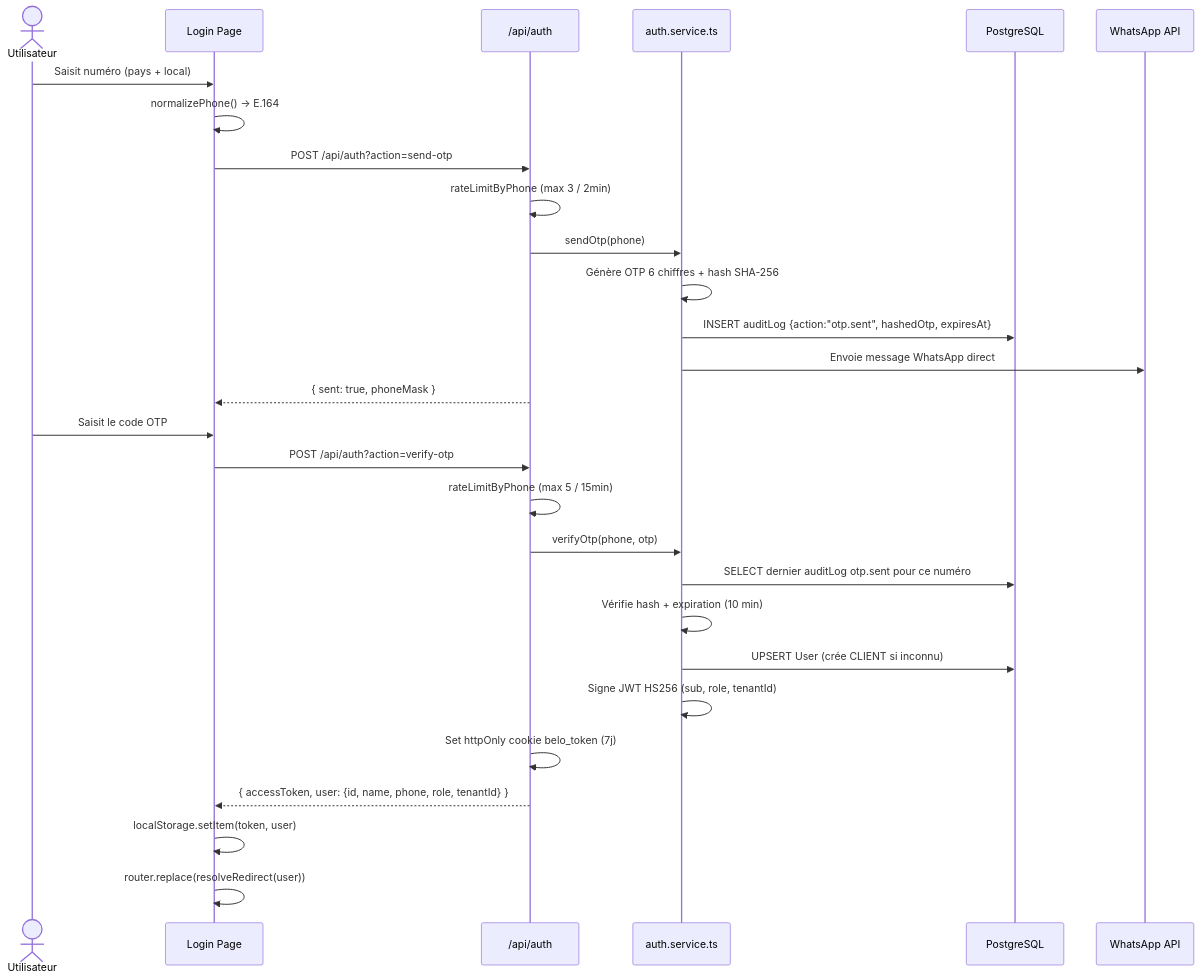
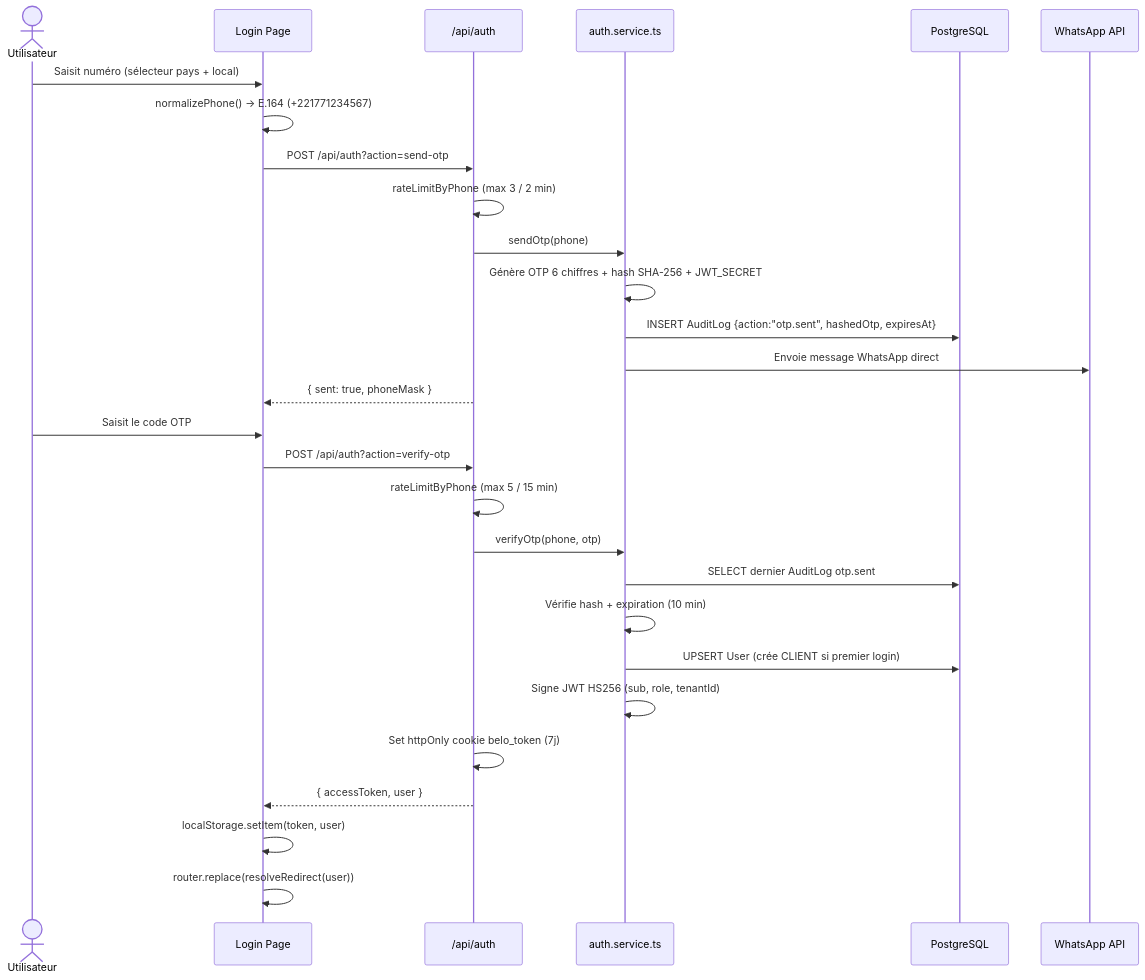
The fifth of 9 diagrams in DOCUMENTATION.md (Ahmesgroup/belo), drawn with Mermaid before and after one commit. The commit also changed other lines of this file, not shown here.

Commit message:
docs: full documentation update — event system, fraud engine V2, admin panel, notifications, EventLog, domain events

````diff
--- a/DOCUMENTATION.md
+++ b/DOCUMENTATION.md
@@ -364,32 +466,32 @@
 ```mermaid
 sequenceDiagram
     actor U as Utilisateur
     participant L as Login Page
     participant A as /api/auth
     participant S as auth.service.ts
     participant DB as PostgreSQL
     participant WA as WhatsApp API
 
-    U->>L: Saisit numéro (pays + local)
-    L->>L: normalizePhone() → E.164
+    U->>L: Saisit numéro (sélecteur pays + local)
+    L->>L: normalizePhone() → E.164 (+221771234567)
     L->>A: POST /api/auth?action=send-otp
-    A->>A: rateLimitByPhone (max 3 / 2min)
+    A->>A: rateLimitByPhone (max 3 / 2 min)
     A->>S: sendOtp(phone)
-    S->>S: Génère OTP 6 chiffres + hash SHA-256
-    S->>DB: INSERT auditLog {action:"otp.sent", hashedOtp, expiresAt}
+    S->>S: Génère OTP 6 chiffres + hash SHA-256 + JWT_SECRET
+    S->>DB: INSERT AuditLog {action:"otp.sent", hashedOtp, expiresAt}
     S->>WA: Envoie message WhatsApp direct
     A-->>L: { sent: true, phoneMask }
 
     U->>L: Saisit le code OTP
     L->>A: POST /api/auth?action=verify-otp
-    A->>A: rateLimitByPhone (max 5 / 15min)
+    A->>A: rateLimitByPhone (max 5 / 15 min)
     A->>S: verifyOtp(phone, otp)
-    S->>DB: SELECT dernier auditLog otp.sent pour ce numéro
+    S->>DB: SELECT dernier AuditLog otp.sent
     S->>S: Vérifie hash + expiration (10 min)
-    S->>DB: UPSERT User (crée CLIENT si inconnu)
+    S->>DB: UPSERT User (crée CLIENT si premier login)
     S->>S: Signe JWT HS256 (sub, role, tenantId)
     A->>A: Set httpOnly cookie belo_token (7j)
-    A-->>L: { accessToken, user: {id, name, phone, role, tenantId} }
+    A-->>L: { accessToken, user }
     L->>L: localStorage.setItem(token, user)
     L->>L: router.replace(resolveRedirect(user))
 ```
````
